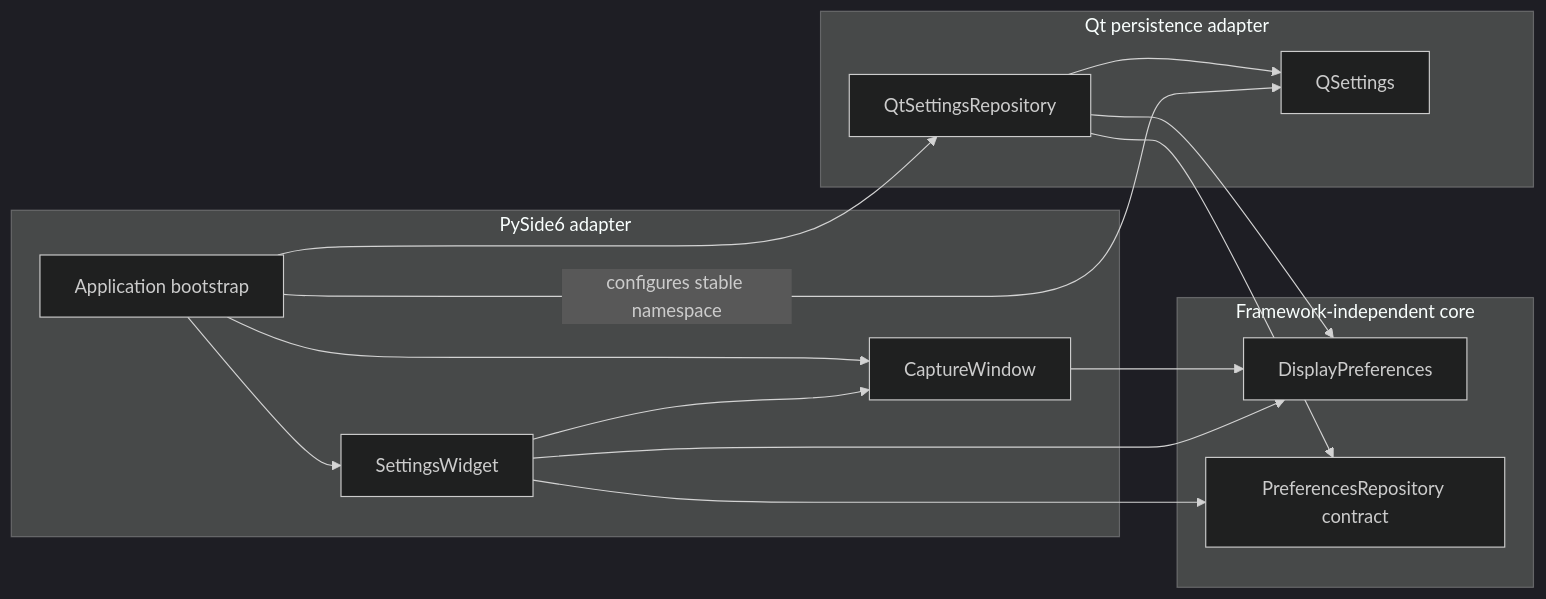
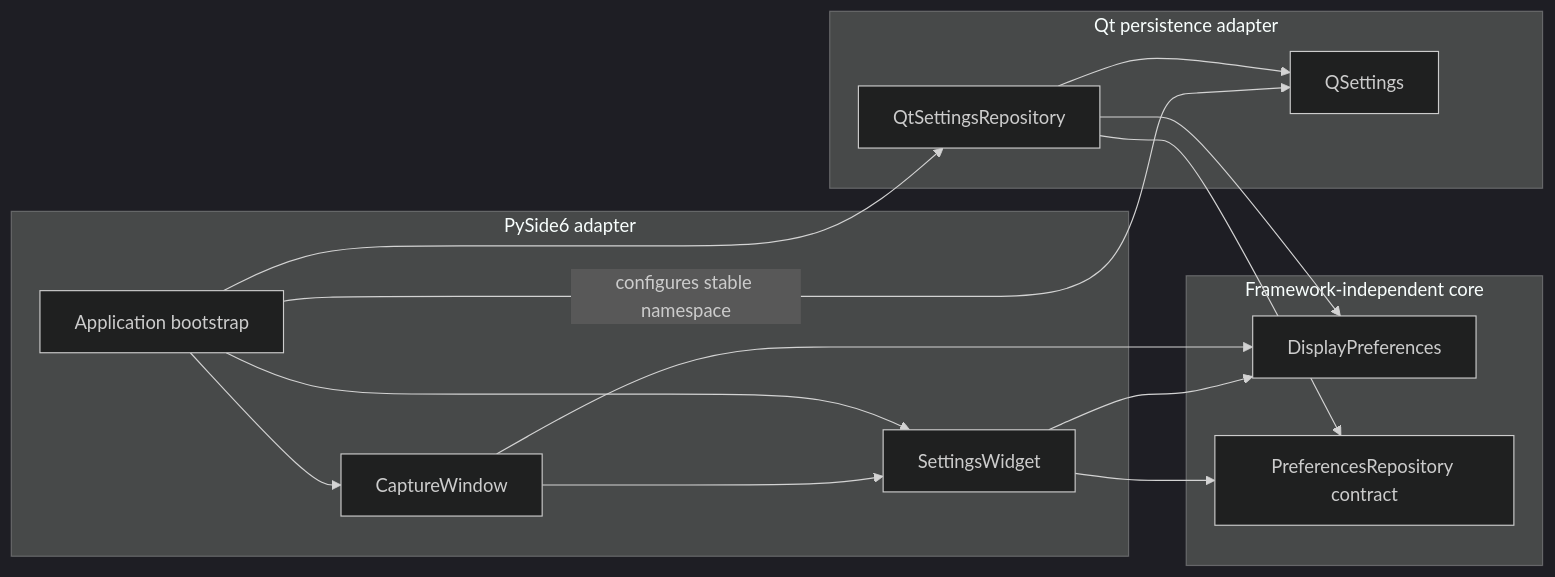
The diagram in docs/architecture/diagrams/display-settings/03-component.md (benoit-bremaud/can-sniffer), drawn with Mermaid (dark theme) before and after one commit. The commit also changed other lines of this file and 2 other files, not shown here.

Commit message:
docs(settings): address PR 28 review feedback
Reverse the SettingsWidget dependency, define storage read recovery, and align validation terminology.

````diff
--- a/docs/architecture/diagrams/display-settings/03-component.md
+++ b/docs/architecture/diagrams/display-settings/03-component.md
@@ -13,30 +13,30 @@
 ```mermaid
 flowchart LR
     subgraph Domain[Framework-independent core]
         Model[DisplayPreferences]
         Contract[PreferencesRepository contract]
     end
 
     subgraph UI[PySide6 adapter]
         Bootstrap[Application bootstrap]
         Window[CaptureWindow]
         Settings[SettingsWidget]
     end
 
     subgraph Persistence[Qt persistence adapter]
         QStore[QtSettingsRepository]
         QSettings[QSettings]
     end
 
     Settings --> Model
     Settings --> Contract
-    Settings --> Window
+    Window --> Settings
     Window --> Model
     Bootstrap -->|"configures stable namespace"| QSettings
     Bootstrap --> QStore
     Bootstrap --> Settings
     Bootstrap --> Window
     QStore --> Contract
     QStore --> Model
     QStore --> QSettings
 ```
````
